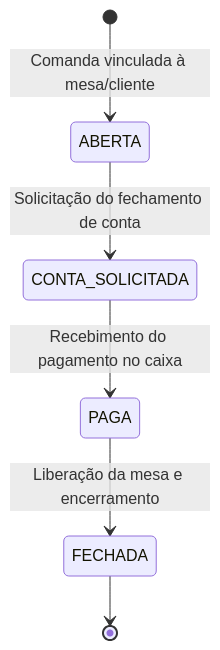
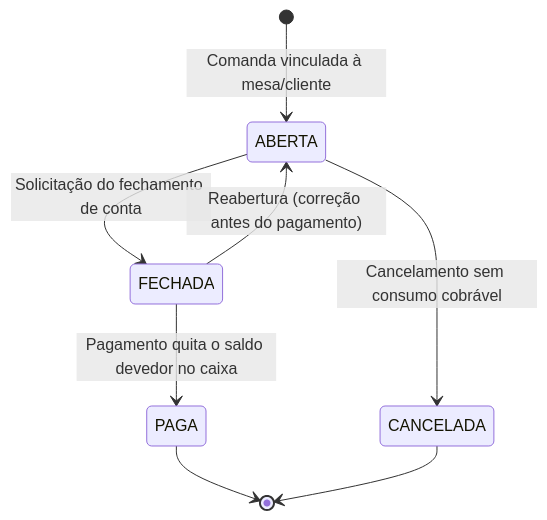
The fifth of 7 diagrams in docs/ARQUITETURA.md (murilolol/spring), drawn with Mermaid before and after one commit. The commit also changed other lines of this file, not shown here.

First line of the commit message:
Extensao 07: completa diagramas de estado em ARQUITETURA.md

````diff
--- a/docs/ARQUITETURA.md
+++ b/docs/ARQUITETURA.md
@@ -158,9 +164,11 @@
 ```mermaid
 stateDiagram-v2
     [*] --> ABERTA: Comanda vinculada à mesa/cliente
-    ABERTA --> CONTA_SOLICITADA: Solicitação do fechamento de conta
-    CONTA_SOLICITADA --> PAGA: Recebimento do pagamento no caixa
-    PAGA --> FECHADA: Liberação da mesa e encerramento
-    
-    FECHADA --> [*]
+    ABERTA --> FECHADA: Solicitação do fechamento de conta
+    FECHADA --> ABERTA: Reabertura (correção antes do pagamento)
+    FECHADA --> PAGA: Pagamento quita o saldo devedor no caixa
+    ABERTA --> CANCELADA: Cancelamento sem consumo cobrável
+
+    PAGA --> [*]
+    CANCELADA --> [*]
 ```
````
